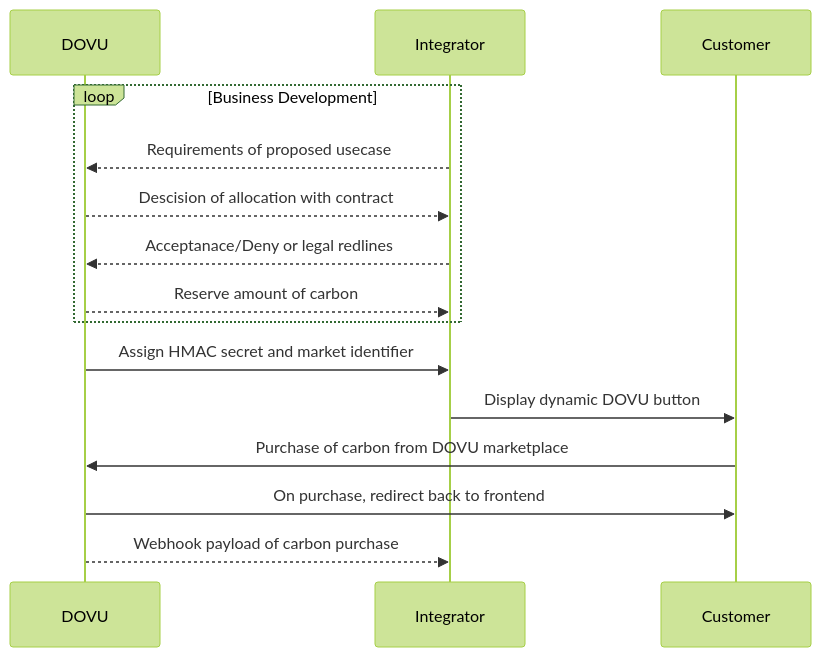
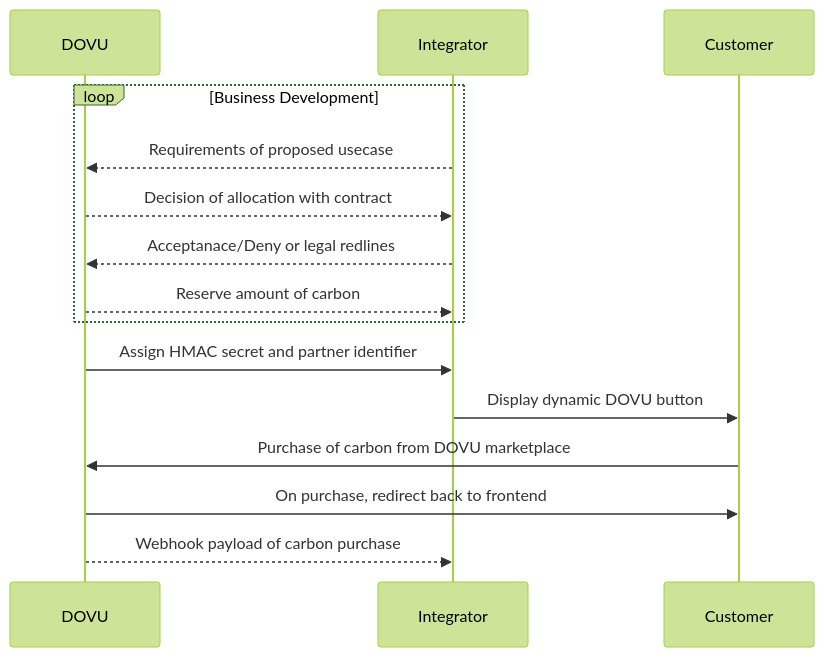
Before and after one commit to dovuofficial/dovu-offset-widget: the diagram in README.md, drawn with Mermaid (forest theme). The commit also changed other lines of this file, not shown here.

````diff
--- a/README.md
+++ b/README.md
@@ -13,17 +13,17 @@
 ```mermaid
 sequenceDiagram
     participant DOVU
     participant Integrator
     loop Business Development
         Integrator-->>DOVU: Requirements of proposed usecase
-        DOVU-->>Integrator: Descision of allocation with contract
+        DOVU-->>Integrator: Decision of allocation with contract
         Integrator-->>DOVU: Acceptanace/Deny or legal redlines
         DOVU-->>Integrator: Reserve amount of carbon
     end
 
-    DOVU->>Integrator: Assign HMAC secret and market identifier
+    DOVU->>Integrator: Assign HMAC secret and partner identifier
     Integrator->>Customer: Display dynamic DOVU button 
     Customer->>DOVU: Purchase of carbon from DOVU marketplace
     DOVU->>Customer: On purchase, redirect back to frontend
     DOVU-->>Integrator: Webhook payload of carbon purchase
 ```
````
